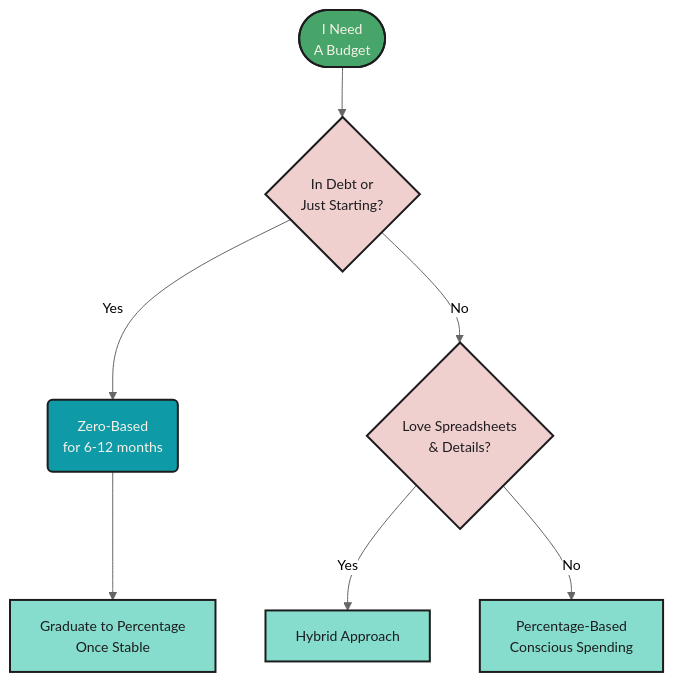
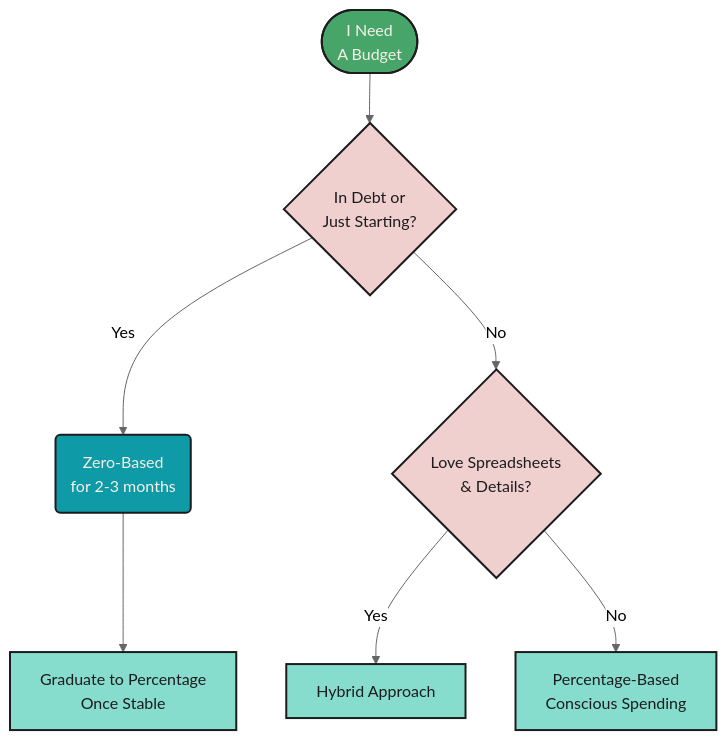
Before and after one commit to mjfrigaard/fm-finance: the second of 4 diagrams in budgeting.qmd, drawn with Mermaid. The commit also changed other lines of this file and 20 other files, not shown here.

Commit message:
updates to mermaid diagrams

````diff
--- a/budgeting.qmd
+++ b/budgeting.qmd
@@ -187,22 +173,22 @@
 ```{mermaid}
 %%| fig-cap: 'Which Budget To Choose?'
 %%| fig-align: center
-%%{init: {'theme': 'neutral', 'themeVariables': { 'fontFamily': 'monospace', "fontSize":"14px", 'ganttNumberSectionStyles': 4}}}%%
+%%{init: {'theme': 'neutral', 'themeVariables': { 'fontFamily': 'monospace', "darkMode":false, "fontSize":"16px"}}}%%
 
 flowchart TD
     Choose(["I Need<br>A Budget"]) --> Question1{"In Debt or<br/>Just Starting?"}
-    Question1 -->|Yes| ZeroBased("Zero-Based<br/>for 6-12 months")
-    Question1 -->|No| Question2{"Love Spreadsheets<br/>& Details?"}
-    Question2 -->|Yes| Hybrid["Hybrid Approach"]
-    Question2 -->|No| Percentage["Percentage-Based<br/>Conscious Spending"]
+    Question1 -->|"Yes"| ZeroBased("Zero-Based<br/>for 2-3 months")
+    Question1 -->|"No"| Question2{"Love Spreadsheets<br/>& Details?"}
+    Question2 -->|"Yes"| Hybrid["Hybrid Approach"]
+    Question2 -->|"No"| Percentage["Percentage-Based<br/>Conscious Spending"]
     ZeroBased --> Eventually["Graduate to Percentage<br/>Once Stable"]
     
     
     style Choose fill:#48a56a,color:#F5F2E8,stroke:#1C1C1E,stroke-width:2px
     style Question1 fill:#f0cfcf,color:#1C1C1E,stroke:#1C1C1E,stroke-width:2px
     style Question2 fill:#f0cfcf,color:#1C1C1E,stroke:#1C1C1E,stroke-width:2px
     style ZeroBased fill:#0e9aa7,color:#F5F2E8,stroke:#1C1C1E,stroke-width:2px
     style Hybrid fill:#86ddcd,color:#1C1C1E,stroke:#1C1C1E,stroke-width:2px
     style Percentage fill:#86ddcd,color:#1C1C1E,stroke:#1C1C1E,stroke-width:2px
     style Eventually fill:#86ddcd,color:#1C1C1E,stroke:#1C1C1E,stroke-width:2px
 ```
````
